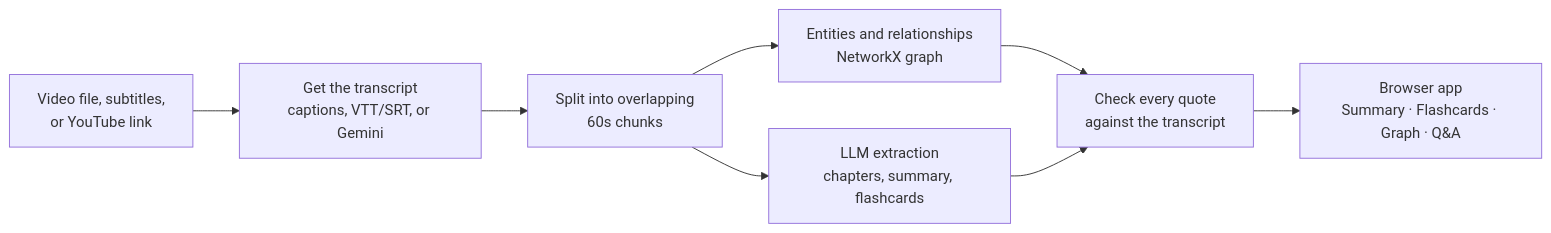
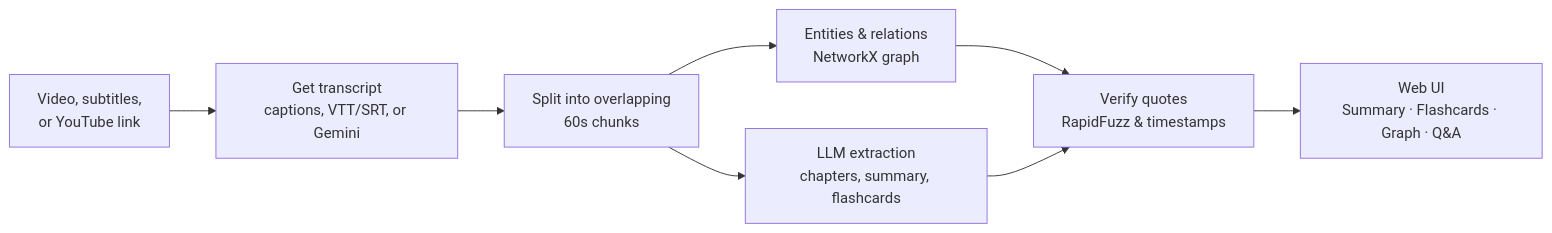
The diagram in README.md (XVX-016/MLH_hackathon), drawn with Mermaid before and after one commit. The commit also changed other lines of this file, not shown here.

````diff
--- a/README.md
+++ b/README.md
@@ -54,10 +56,10 @@
 ```mermaid
 flowchart LR
-    A[Video file, subtitles,<br>or YouTube link] --> B[Get the transcript<br>captions, VTT/SRT, or Gemini]
+    A[Video, subtitles,<br>or YouTube link] --> B[Get transcript<br>captions, VTT/SRT, or Gemini]
     B --> C[Split into overlapping<br>60s chunks]
     C --> D[LLM extraction<br>chapters, summary, flashcards]
-    C --> E[Entities and relationships<br>NetworkX graph]
-    E --> F[Check every quote<br>against the transcript]
+    C --> E[Entities & relations<br>NetworkX graph]
+    E --> F[Verify quotes<br>RapidFuzz & timestamps]
     D --> F
-    F --> G[Browser app<br>Summary · Flashcards · Graph · Q&A]
+    F --> G[Web UI<br>Summary · Flashcards · Graph · Q&A]
 ```
````
